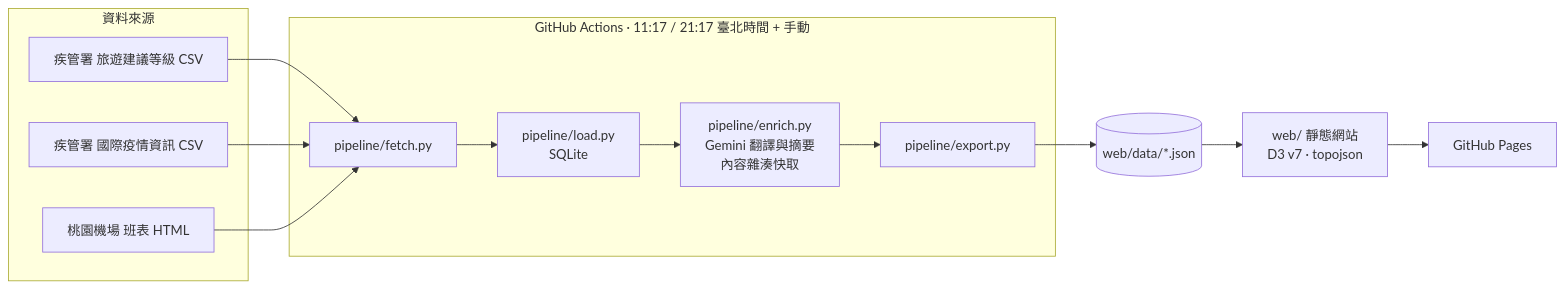
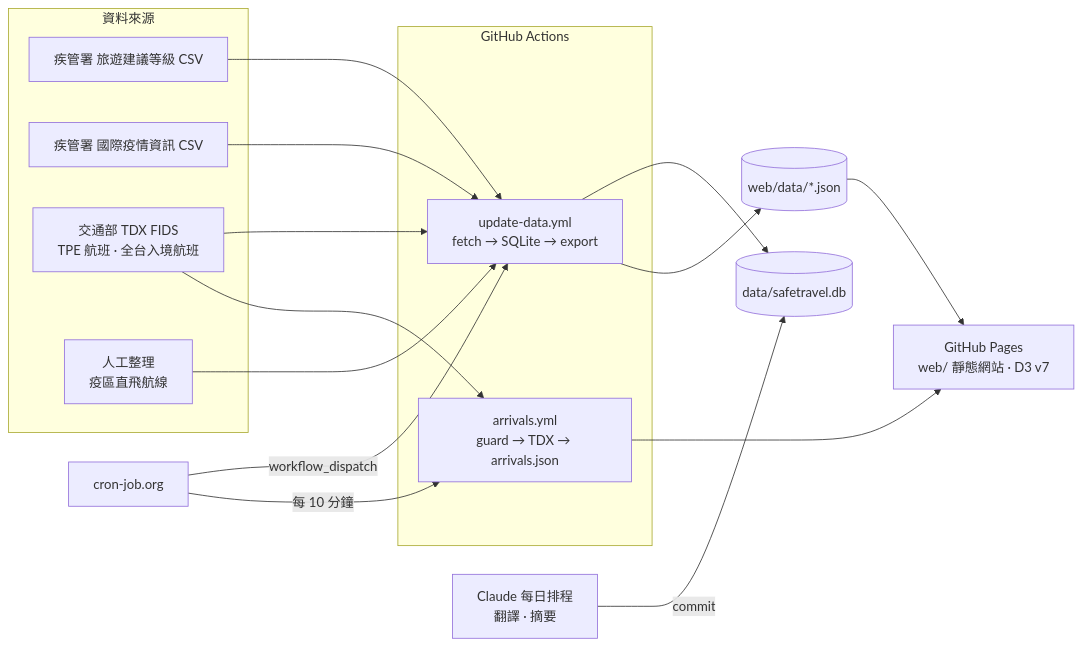
One commit to ancientsky/safetravel changed the diagram in README.md. Above: the diagram before and after it, drawn with Mermaid. The commit also changed other lines of this file and 14 other files, not shown here.

````diff
--- a/README.md
+++ b/README.md
@@ -27,19 +88,25 @@
 ```mermaid
 flowchart LR
   subgraph Sources[資料來源]
     A[疾管署 旅遊建議等級 CSV]
     B[疾管署 國際疫情資訊 CSV]
-    C[桃園機場 班表 HTML]
+    T[交通部 TDX FIDS<br/>TPE 航班 · 全台入境航班]
+    M[人工整理<br/>疫區直飛航線]
   end
-  subgraph Actions[GitHub Actions · 11:17 / 21:17 臺北時間 + 手動]
-    F[pipeline/fetch.py] --> L[pipeline/load.py\nSQLite]
-    L --> E[pipeline/enrich.py\nGemini 翻譯與摘要\n內容雜湊快取]
-    E --> X[pipeline/export.py]
+  CJ[cron-job.org] -->|workflow_dispatch| U
+  CJ -->|每 10 分鐘| R
+  subgraph Actions[GitHub Actions]
+    U[update-data.yml<br/>fetch → SQLite → export] 
+    R[arrivals.yml<br/>guard → TDX → arrivals.json]
   end
-  A --> F
-  B --> F
-  C --> F
-  X --> D[(web/data/*.json)]
-  D --> W[web/ 靜態網站\nD3 v7 · topojson]
-  W --> P[GitHub Pages]
+  CL[Claude 每日排程<br/>翻譯 · 摘要] -->|commit| DB[(data/safetravel.db)]
+  A --> U
+  B --> U
+  T --> U
+  T --> R
+  M --> U
+  U --> DB
+  U --> J[(web/data/*.json)]
+  R --> P
+  J --> P[GitHub Pages<br/>web/ 靜態網站 · D3 v7]
 ```
````
